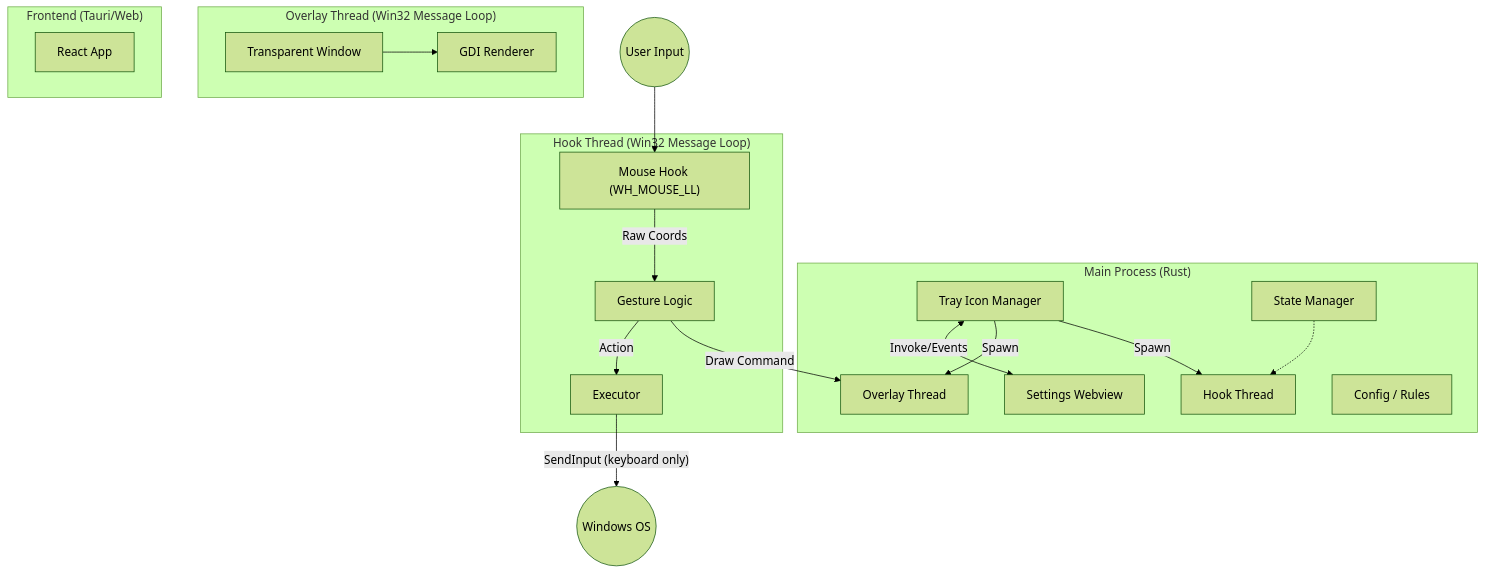
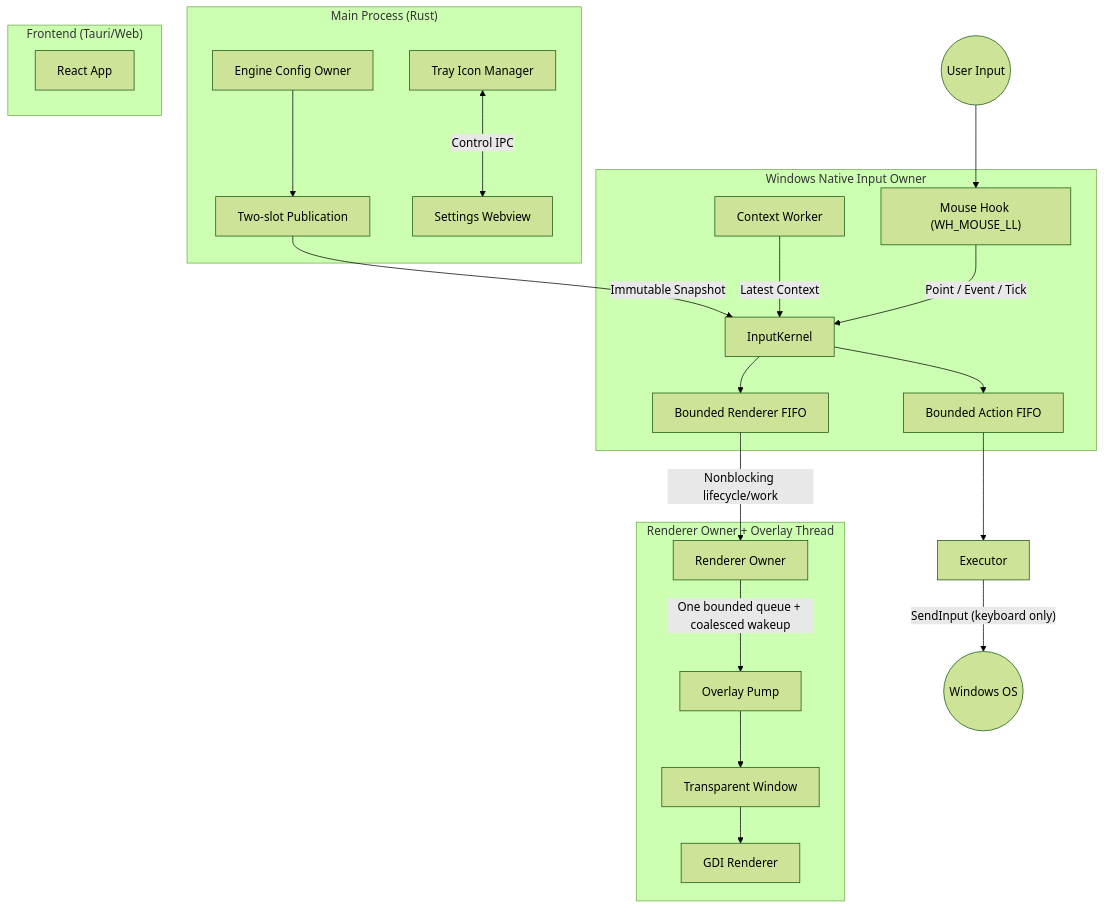
Before and after one commit to r4ai/zero-gesture: the diagram in docs/architecture.md, drawn with Mermaid (forest theme). The commit also changed other lines of this file and 21 other files, not shown here.

First line of the commit message:
feat: wire Windows native input owner (#45)

````diff
--- a/docs/architecture.md
+++ b/docs/architecture.md
@@ -23,34 +23,37 @@
 ```mermaid
 graph TD
     subgraph "Main Process (Rust)"
-        T[Tray Icon Manager] -->|Spawn| H[Hook Thread]
-        T -->|Spawn| O[Overlay Thread]
-        T <-->|Invoke/Events| W[Settings Webview]
-
-        SM[State Manager]
-        note1[Config / Rules]
-        SM -.-> H
+        T[Tray Icon Manager]
+        C[Engine Config Owner] --> P[Two-slot Publication]
+        T <-->|Control IPC| W[Settings Webview]
     end
 
-    subgraph "Hook Thread (Win32 Message Loop)"
+    subgraph "Windows Native Input Owner"
         HM["Mouse Hook (WH_MOUSE_LL)"]
-        GL[Gesture Logic]
+        K[InputKernel]
+        X[Context Worker]
+        A[Bounded Action FIFO]
+        R[Bounded Renderer FIFO]
 
-        HM -->|Raw Coords| GL
-        GL -->|Draw Command| O
-        GL -->|Action| EX[Executor]
+        P -->|Immutable Snapshot| K
+        X -->|Latest Context| K
+        HM -->|Point / Event / Tick| K
+        K --> A
+        K --> R
     end
 
-    subgraph "Overlay Thread (Win32 Message Loop)"
-        WIN[Transparent Window]
-
+    subgraph "Renderer Owner + Overlay Thread"
+        R -->|Nonblocking lifecycle/work| RO[Renderer Owner]
+        RO -->|One bounded queue + coalesced wakeup| O[Overlay Pump]
+        O --> WIN[Transparent Window]
         WIN --> GDI[GDI Renderer]
     end
 
     subgraph "Frontend (Tauri/Web)"
         UI[React App]
     end
 
     User((User Input)) --> HM
+    A --> EX[Executor]
     EX -->|"SendInput (keyboard only)"| OS((Windows OS))
 ```
````
